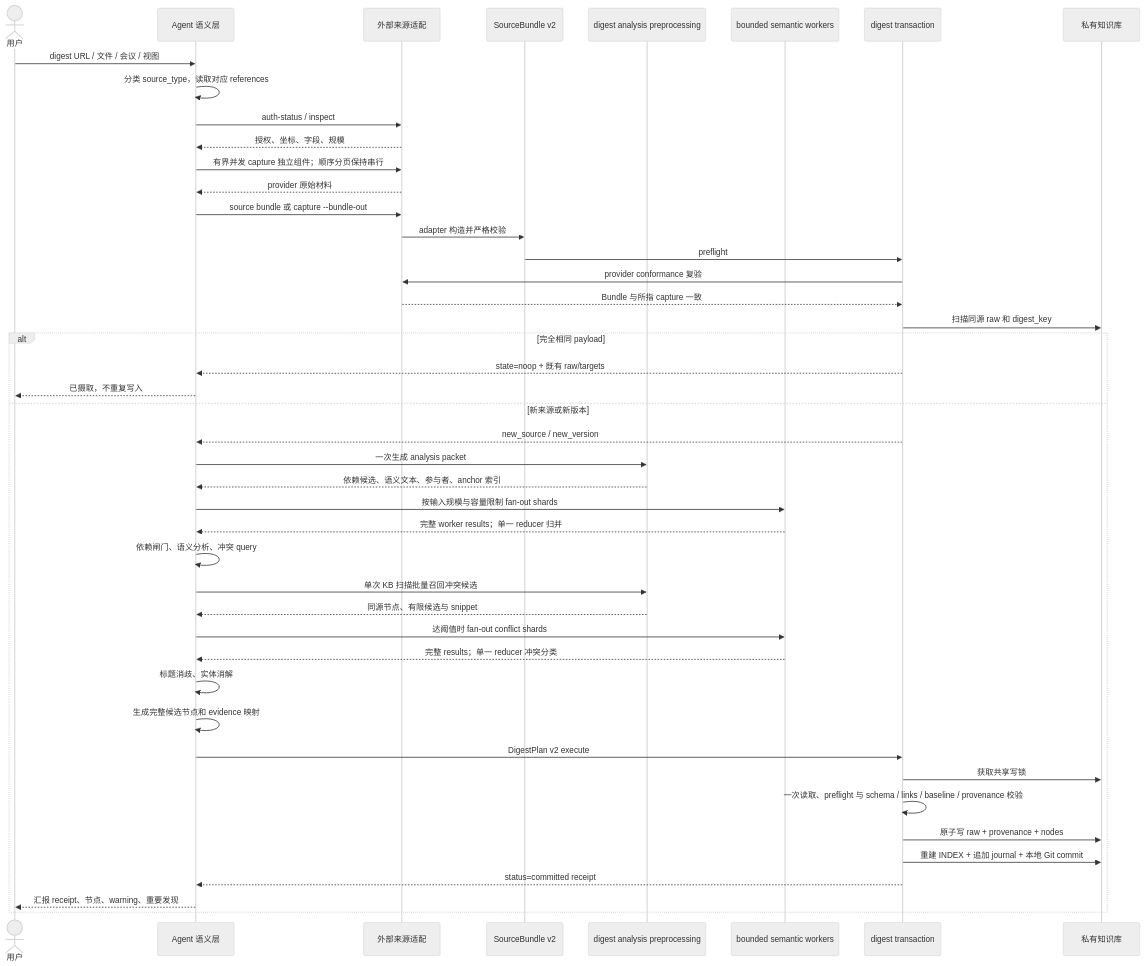
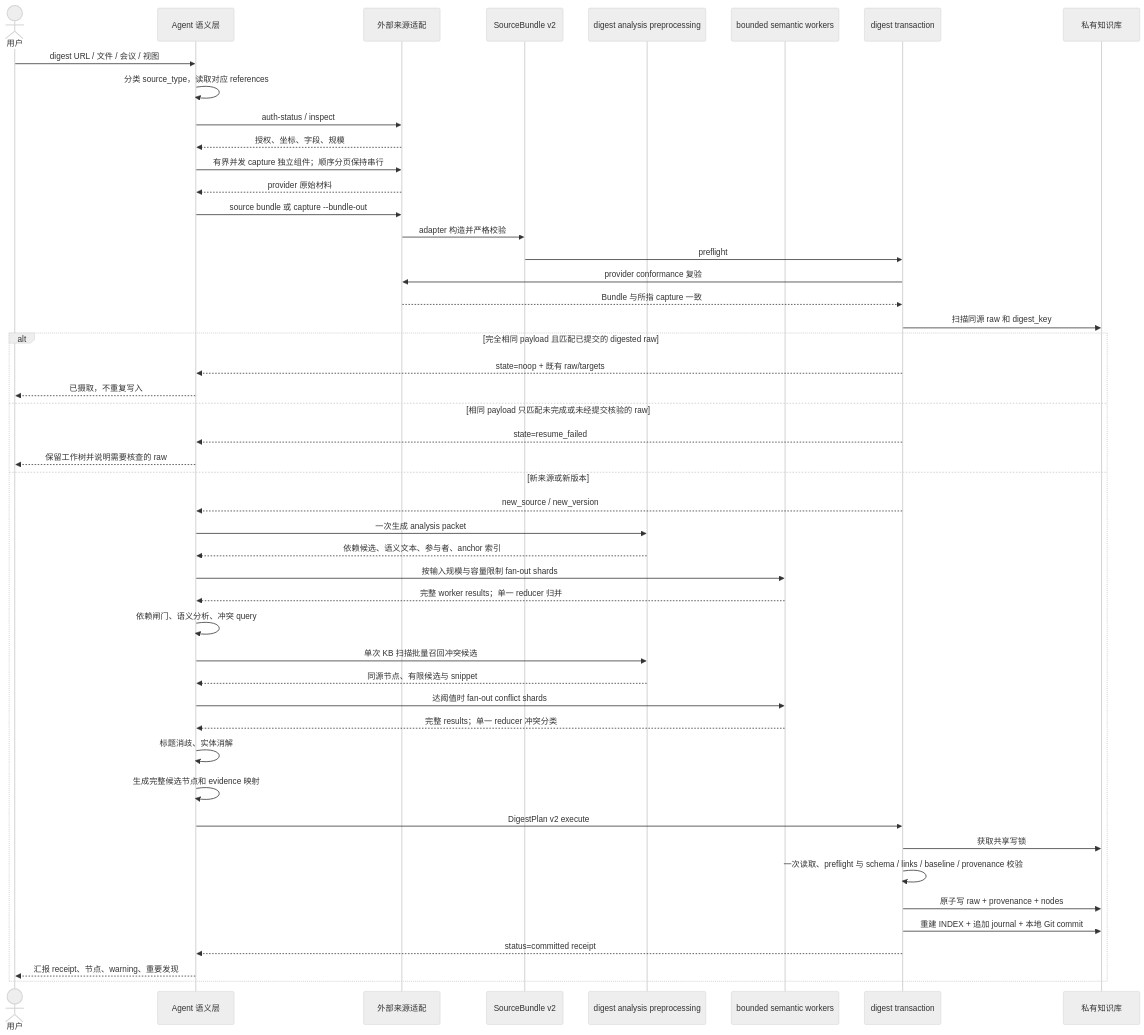
The fifth of 19 diagrams in docs/development/ARCHITECTURE.md (ranjiao/byteworker), drawn with Mermaid (neutral theme) before and after one commit. The commit also changed other lines of this file and 23 other files, not shown here.

````diff
--- a/docs/development/ARCHITECTURE.md
+++ b/docs/development/ARCHITECTURE.md
@@ -193,49 +193,52 @@
 ```mermaid
 sequenceDiagram
     actor User as 用户
     participant Agent as Agent 语义层
     participant Source as 外部来源适配
     participant Bundle as SourceBundle v2
     participant Prep as digest analysis preprocessing
     participant Workers as bounded semantic workers
     participant Txn as digest transaction
     participant KB as 私有知识库
 
     User->>Agent: digest URL / 文件 / 会议 / 视图
     Agent->>Agent: 分类 source_type，读取对应 references
     Agent->>Source: auth-status / inspect
     Source-->>Agent: 授权、坐标、字段、规模
     Agent->>Source: 有界并发 capture 独立组件；顺序分页保持串行
     Source-->>Agent: provider 原始材料
     Agent->>Source: source bundle 或 capture --bundle-out
     Source->>Bundle: adapter 构造并严格校验
     Bundle->>Txn: preflight
     Txn->>Source: provider conformance 复验
     Source-->>Txn: Bundle 与所指 capture 一致
     Txn->>KB: 扫描同源 raw 和 digest_key
 
-    alt 完全相同 payload
+    alt 完全相同 payload 且匹配已提交的 digested raw
         Txn-->>Agent: state=noop + 既有 raw/targets
         Agent-->>User: 已摄取，不重复写入
+    else 相同 payload 只匹配未完成或未经提交核验的 raw
+        Txn-->>Agent: state=resume_failed
+        Agent-->>User: 保留工作树并说明需要核查的 raw
     else 新来源或新版本
         Txn-->>Agent: new_source / new_version
         Agent->>Prep: 一次生成 analysis packet
         Prep-->>Agent: 依赖候选、语义文本、参与者、anchor 索引
         Agent->>Workers: 按输入规模与容量限制 fan-out shards
         Workers-->>Agent: 完整 worker results；单一 reducer 归并
         Agent->>Agent: 依赖闸门、语义分析、冲突 query
         Agent->>Prep: 单次 KB 扫描批量召回冲突候选
         Prep-->>Agent: 同源节点、有限候选与 snippet
         Agent->>Workers: 达阈值时 fan-out conflict shards
         Workers-->>Agent: 完整 results；单一 reducer 冲突分类
         Agent->>Agent: 标题消歧、实体消解
         Agent->>Agent: 生成完整候选节点和 evidence 映射
         Agent->>Txn: DigestPlan v2 execute
         Txn->>KB: 获取共享写锁
         Txn->>Txn: 一次读取、preflight 与 schema / links / baseline / provenance 校验
         Txn->>KB: 原子写 raw + provenance + nodes
         Txn->>KB: 重建 INDEX + 追加 journal + 本地 Git commit
         Txn-->>Agent: status=committed receipt
         Agent-->>User: 汇报 receipt、节点、warning、重要发现
     end
 ```
````
